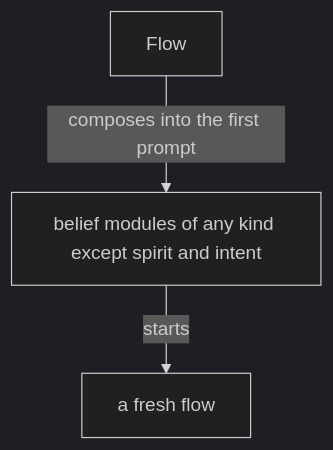
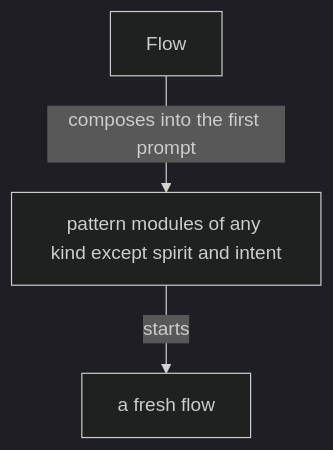
The second of 4 diagrams in vision/flow-nexus/0.md (LiGoldragon/psyche-belief), drawn with Mermaid (dark theme) before and after one commit. The commit also changed other lines of this file and 15 other files, not shown here.

First line of the commit message:
vision: belief becomes pattern, throughout (the living's word)

````diff
--- a/vision/flow-nexus/0.md
+++ b/vision/flow-nexus/0.md
@@ -133,5 +133,5 @@
 ```mermaid
 flowchart TB
-    a["Flow"] -- "composes into the first prompt" --> b["belief modules of any kind except spirit and intent"]
+    a["Flow"] -- "composes into the first prompt" --> b["pattern modules of any kind except spirit and intent"]
     b -- "starts" --> c["a fresh flow"]
 ```
````
